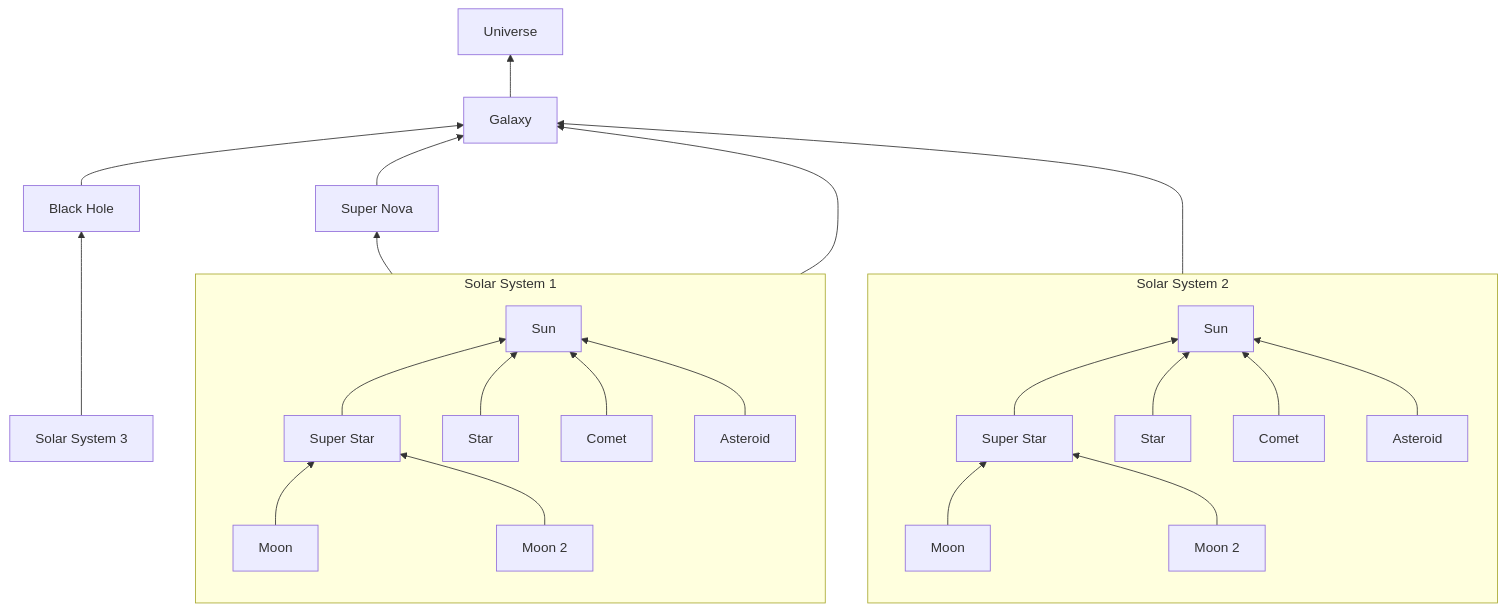
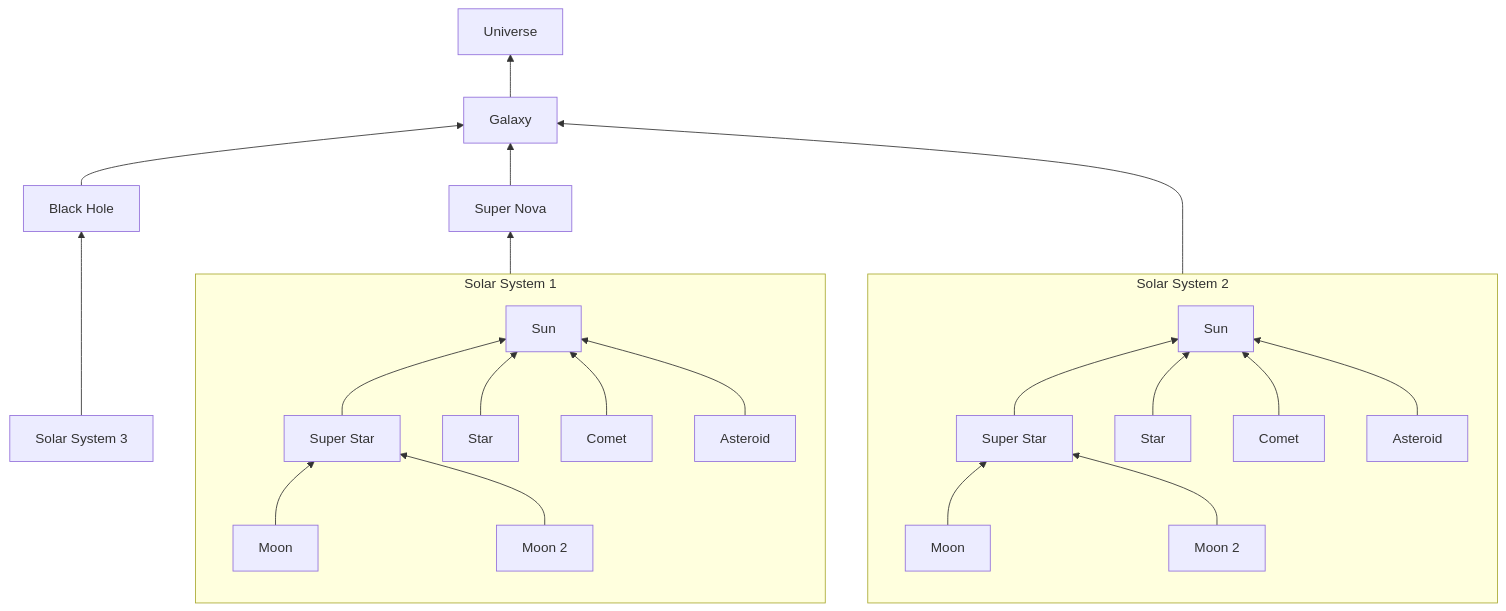
One commit to bjornmage/BUF changed the first of 2 diagrams in README.md. Above: the diagram before and after it, drawn with Mermaid. The commit also changed other lines of this file, not shown here.

````diff
--- a/README.md
+++ b/README.md
@@ -27,30 +27,29 @@
 ```mermaid 
 graph BT
 B[Galaxy]-->A[Universe]
 C[Black Hole]-->B[Galaxy]
 D[Super Nova]-->B[Galaxy]
 E[Solar System 1]-->D[Super Nova]
-E[Solar System 1]--->B[Galaxy]
 M[Solar System 2]--->B[Galaxy]
 Z[Solar System 3]-->C[Black Hole]
 
 subgraph E[Solar System 1]
 direction BT
 G[Super Star]-->F[Sun]
 H[Star]-->F[Sun]
 I[Moon]-->G[Super Star]
 J[Moon 2]-->G[Super Star]
 K[Comet]-->F[Sun]
 L[Asteroid]-->F[Sun]
 end
 
 subgraph M[Solar System 2]
 direction BT
 O[Super Star]-->N[Sun]
 P[Star]-->N[Sun]
 Q[Moon]-->O[Super Star]
 R[Moon 2]-->O[Super Star]
 S[Comet]-->N[Sun]
 T[Asteroid]-->N[Sun]
 end
 ```
````
